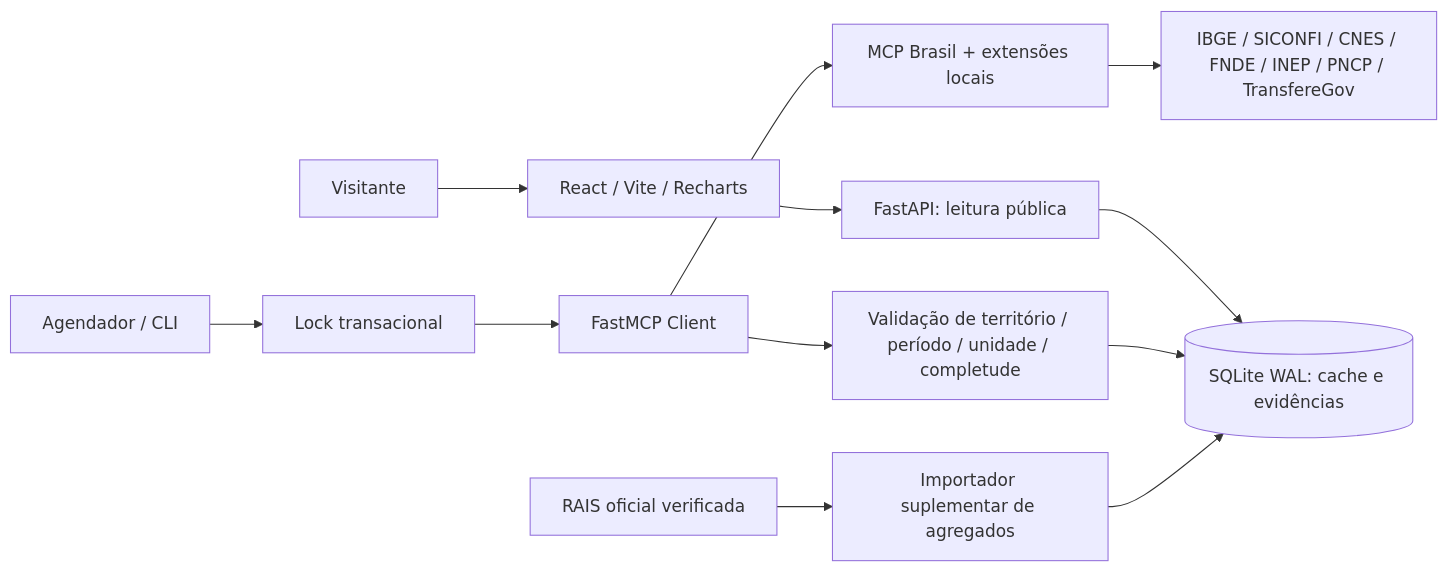
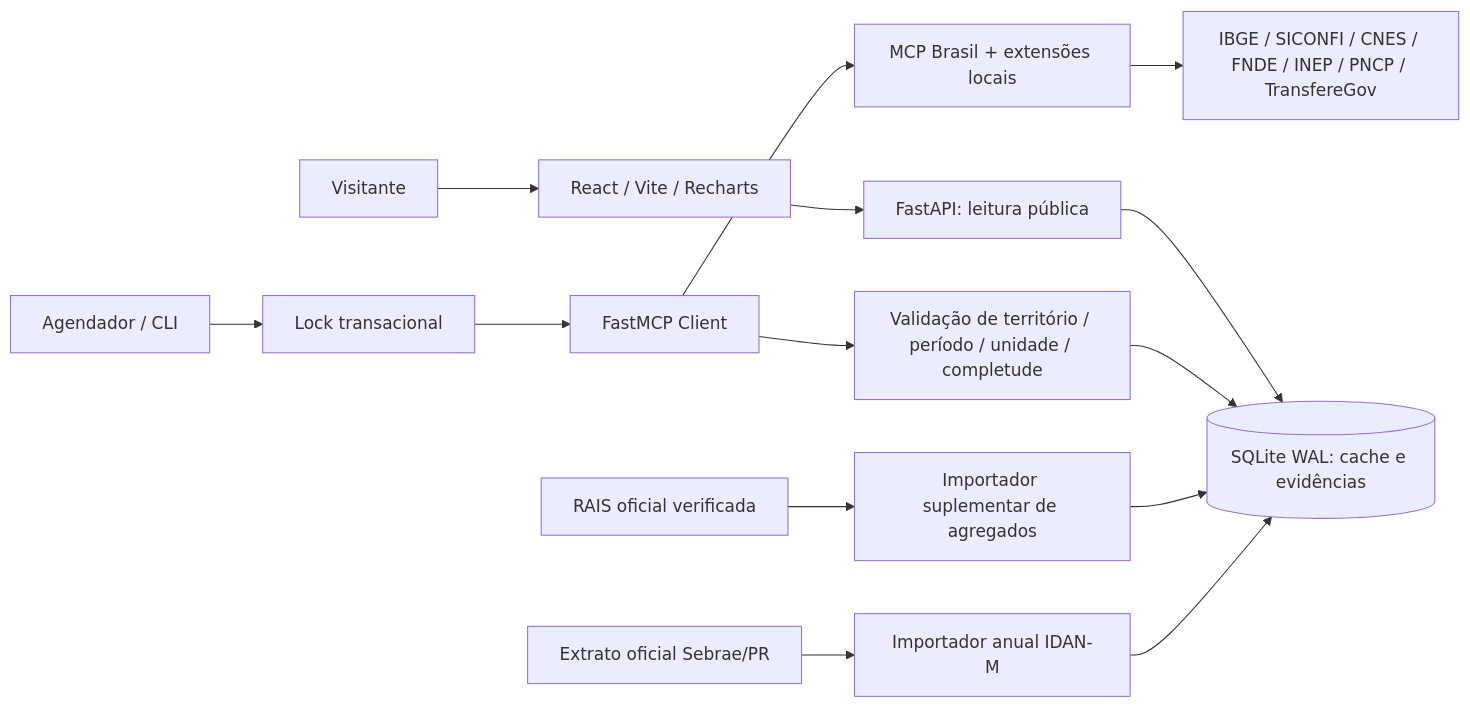
The diagram in docs/arquitetura.md (Prefeitura-de-Turvo/INOVACAO-Observatorio-Municipal), drawn with Mermaid before and after one commit. The commit also changed other lines of this file and 7 other files, not shown here.

Commit message:
Add annual Sebrae IDAN-M indicator

````diff
--- a/docs/arquitetura.md
+++ b/docs/arquitetura.md
@@ -3,14 +3,16 @@
 ```mermaid
 flowchart LR
   visitante[Visitante] --> react[React / Vite / Recharts]
   react --> api[FastAPI: leitura pública]
   api --> cache[(SQLite WAL: cache e evidências)]
   scheduler[Agendador / CLI] --> lock[Lock transacional]
   lock --> client[FastMCP Client]
   client --> bridge[MCP Brasil + extensões locais]
   bridge --> oficiais[IBGE / SICONFI / CNES / FNDE / INEP / PNCP / TransfereGov]
   client --> validacao[Validação de território / período / unidade / completude]
   validacao --> cache
   arquivo[RAIS oficial verificada] --> importador[Importador suplementar de agregados]
   importador --> cache
+  extrato[Extrato oficial Sebrae/PR] --> idan[Importador anual IDAN-M]
+  idan --> cache
 ```
````
